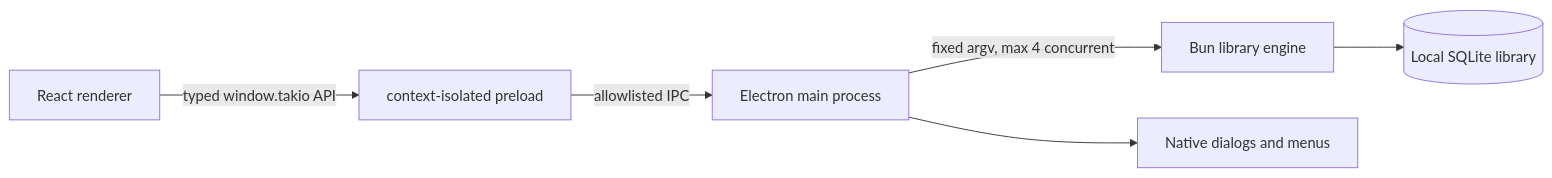
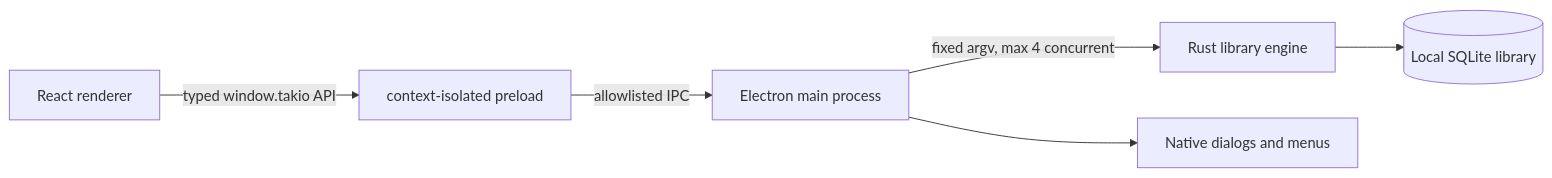
One commit to jmariasanchez/takio changed the diagram in docs/electron-migration.md. Above: the diagram before and after it, drawn with Mermaid. The commit also changed other lines of this file and 74 other files, not shown here.

````diff
--- a/docs/electron-migration.md
+++ b/docs/electron-migration.md
@@ -24,8 +24,8 @@
 ```mermaid
 flowchart LR
   R[React renderer] -->|typed window.takio API| P[context-isolated preload]
   P -->|allowlisted IPC| M[Electron main process]
-  M -->|fixed argv, max 4 concurrent| E[Bun library engine]
+  M -->|fixed argv, max 4 concurrent| E[Rust library engine]
   E --> S[(Local SQLite library)]
   M --> D[Native dialogs and menus]
 ```
````
